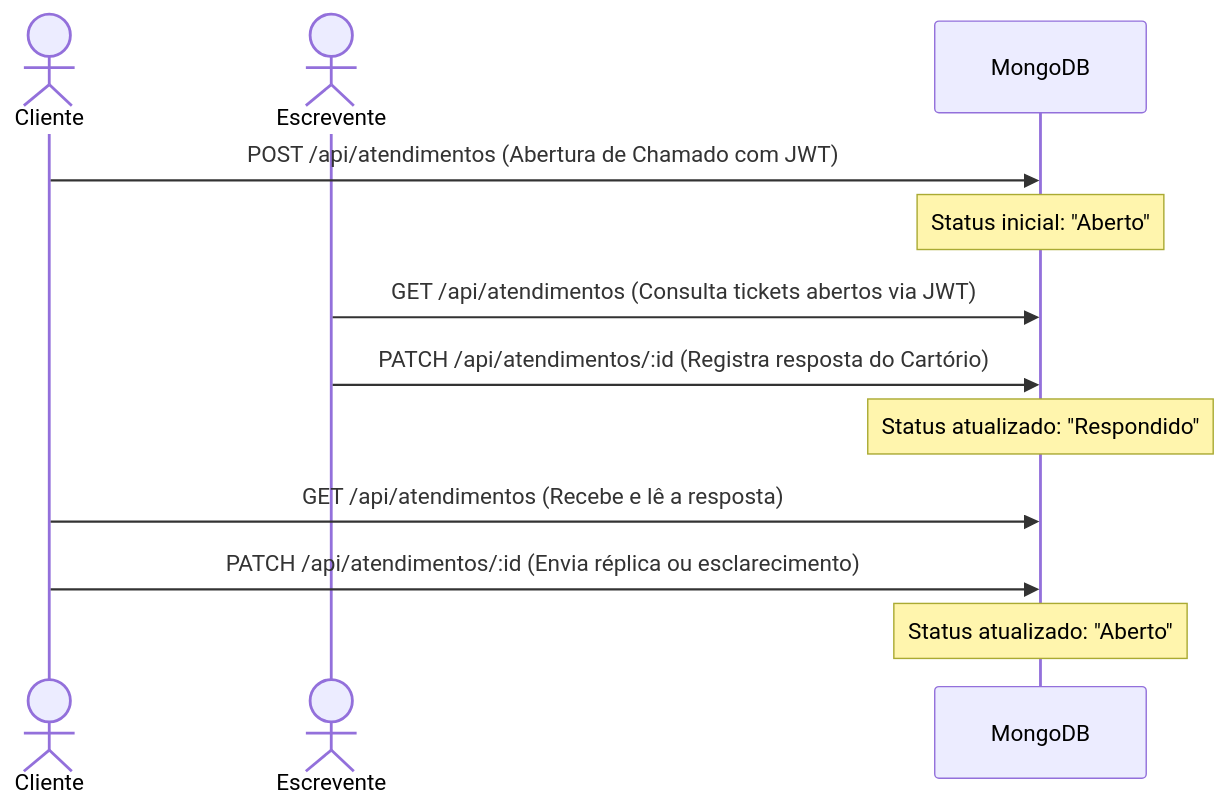
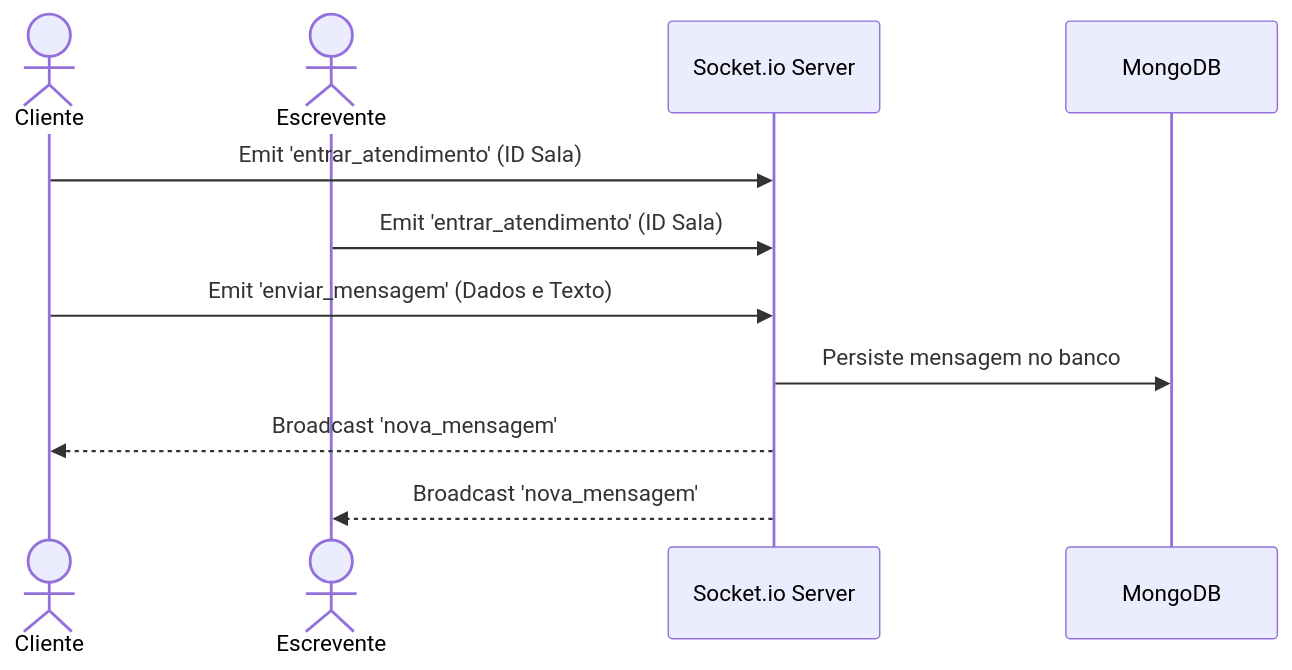
Before and after one commit to Bruno-LimaHG/SIGACRC: the fifth of 5 diagrams in documentacao_tecnica.md, drawn with Mermaid. The commit also changed other lines of this file and 35 other files, not shown here.

````diff
--- a/documentacao_tecnica.md
+++ b/documentacao_tecnica.md
@@ -145,17 +165,15 @@
 ```mermaid
 sequenceDiagram
     actor Cliente
     actor Escrevente
+    participant WS as Socket.io Server
     participant DB as MongoDB
 
-    Cliente->>DB: POST /api/atendimentos (Abertura de Chamado com JWT)
-    Note over DB: Status inicial: "Aberto"
+    Cliente->>WS: Emit 'entrar_atendimento' (ID Sala)
+    Escrevente->>WS: Emit 'entrar_atendimento' (ID Sala)
     
-    Escrevente->>DB: GET /api/atendimentos (Consulta tickets abertos via JWT)
-    Escrevente->>DB: PATCH /api/atendimentos/:id (Registra resposta do Cartório)
-    Note over DB: Status atualizado: "Respondido"
-    
-    Cliente->>DB: GET /api/atendimentos (Recebe e lê a resposta)
-    Cliente->>DB: PATCH /api/atendimentos/:id (Envia réplica ou esclarecimento)
-    Note over DB: Status atualizado: "Aberto"
+    Cliente->>WS: Emit 'enviar_mensagem' (Dados e Texto)
+    WS->>DB: Persiste mensagem no banco
+    WS-->>Cliente: Broadcast 'nova_mensagem'
+    WS-->>Escrevente: Broadcast 'nova_mensagem'
 ```
````
